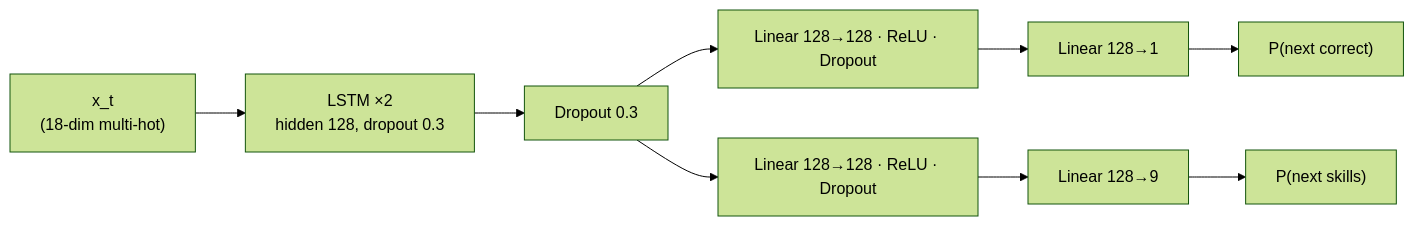
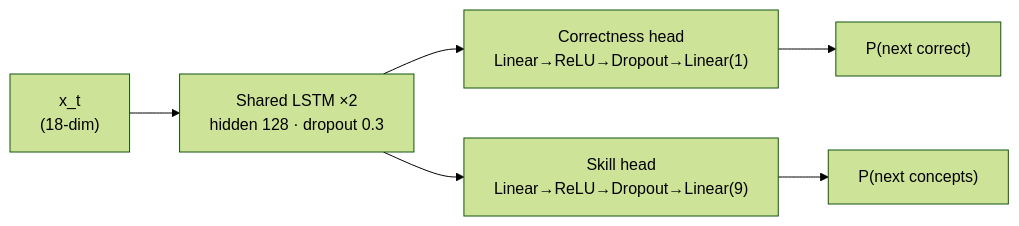
The third of 4 diagrams in README.md (jawad123arshad/AST-MTDKT-An-AST-Based-Multi-Task-Deep-Knowledge-Tracing-Framework-for-Programming-Skill-Modeling), drawn with Mermaid (forest theme) before and after one commit. The commit also changed other lines of this file and 12 other files, not shown here.

````diff
--- a/README.md
+++ b/README.md
@@ -157,7 +143,6 @@
 ```mermaid
 flowchart LR
-    X["x_t<br/>(18-dim multi-hot)"] --> L["LSTM ×2<br/>hidden 128, dropout 0.3"]
-    L --> D["Dropout 0.3"]
-    D --> C1["Linear 128→128 · ReLU · Dropout"] --> C2["Linear 128→1"] --> PC["P(next correct)"]
-    D --> S1["Linear 128→128 · ReLU · Dropout"] --> S2["Linear 128→9"] --> PS["P(next skills)"]
+    X["x_t<br/>(18-dim)"] --> L["Shared LSTM ×2<br/>hidden 128 · dropout 0.3"]
+    L --> C["Correctness head<br/>Linear→ReLU→Dropout→Linear(1)"] --> PC["P(next correct)"]
+    L --> S["Skill head<br/>Linear→ReLU→Dropout→Linear(9)"] --> PS["P(next concepts)"]
 ```
````
